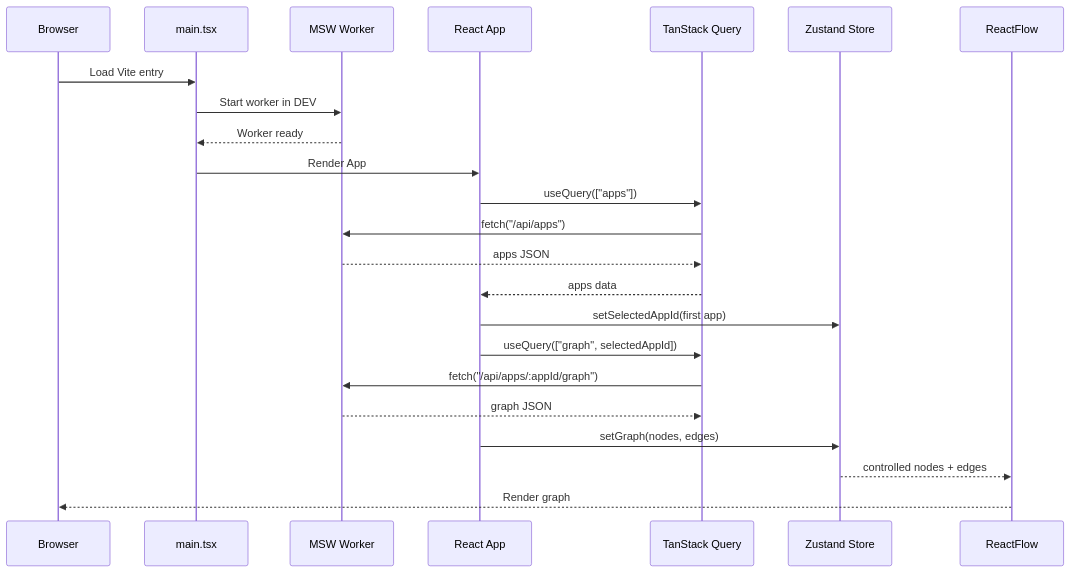
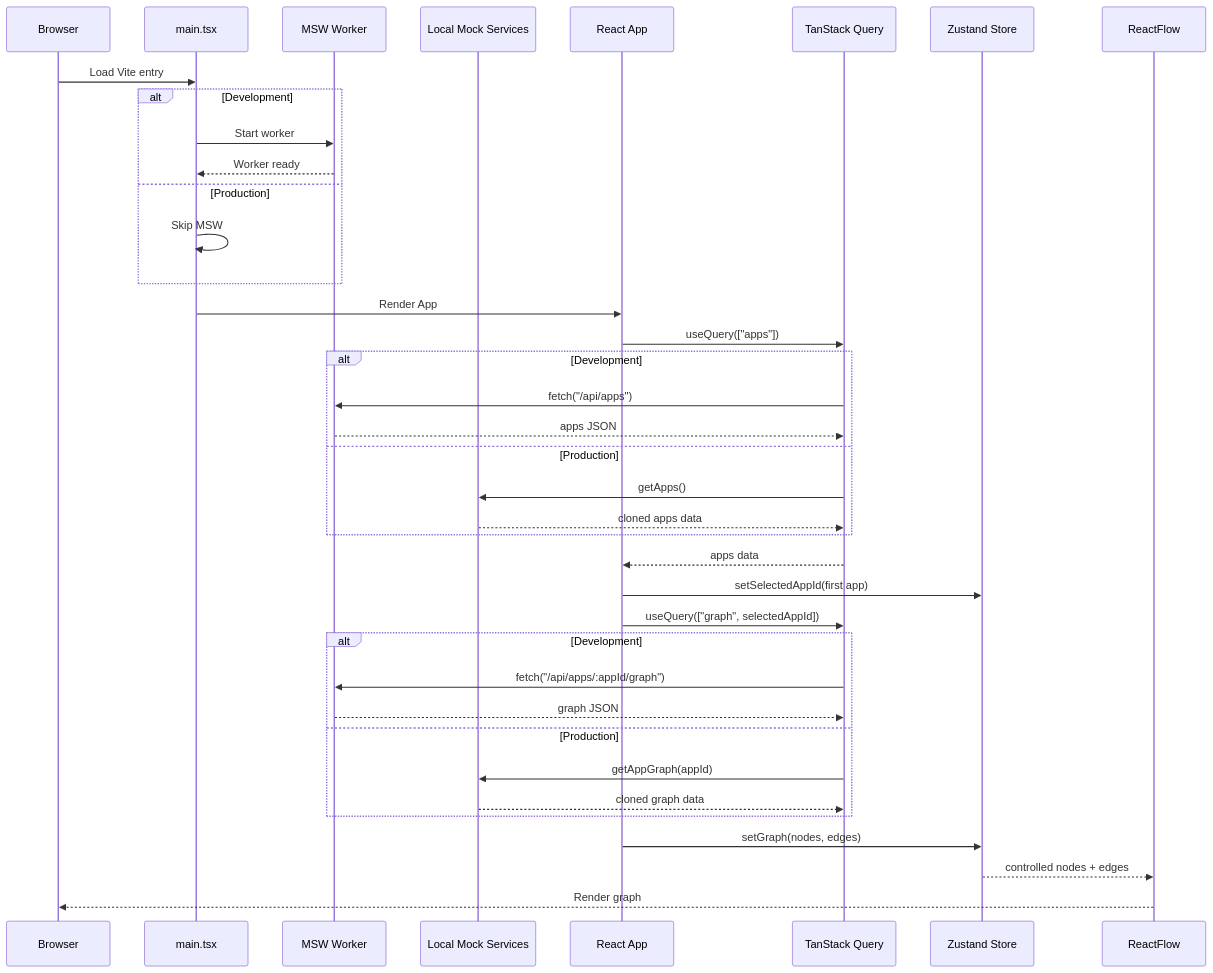
Before and after one commit to gaganguddi/App-Graph-Builder: the second of 18 diagrams in docs/system-architecture.md, drawn with Mermaid. The commit also changed other lines of this file and 1 other file, not shown here.

````diff
--- a/docs/system-architecture.md
+++ b/docs/system-architecture.md
@@ -78,26 +74,41 @@
 ```mermaid
 sequenceDiagram
   participant Browser
   participant Main as main.tsx
   participant MSW as MSW Worker
+  participant Local as Local Mock Services
   participant React as React App
   participant Query as TanStack Query
   participant Store as Zustand Store
   participant Flow as ReactFlow
 
   Browser->>Main: Load Vite entry
-  Main->>MSW: Start worker in DEV
-  MSW-->>Main: Worker ready
+  alt Development
+    Main->>MSW: Start worker
+    MSW-->>Main: Worker ready
+  else Production
+    Main->>Main: Skip MSW
+  end
   Main->>React: Render App
   React->>Query: useQuery(["apps"])
-  Query->>MSW: fetch("/api/apps")
-  MSW-->>Query: apps JSON
+  alt Development
+    Query->>MSW: fetch("/api/apps")
+    MSW-->>Query: apps JSON
+  else Production
+    Query->>Local: getApps()
+    Local-->>Query: cloned apps data
+  end
   Query-->>React: apps data
   React->>Store: setSelectedAppId(first app)
   React->>Query: useQuery(["graph", selectedAppId])
-  Query->>MSW: fetch("/api/apps/:appId/graph")
-  MSW-->>Query: graph JSON
+  alt Development
+    Query->>MSW: fetch("/api/apps/:appId/graph")
+    MSW-->>Query: graph JSON
+  else Production
+    Query->>Local: getAppGraph(appId)
+    Local-->>Query: cloned graph data
+  end
   React->>Store: setGraph(nodes, edges)
   Store-->>Flow: controlled nodes + edges
   Flow-->>Browser: Render graph
 ```
````
